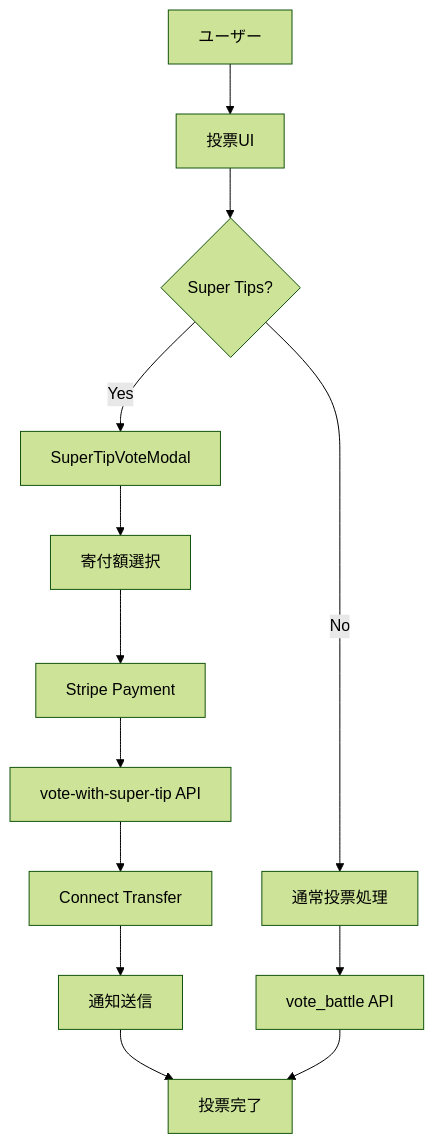
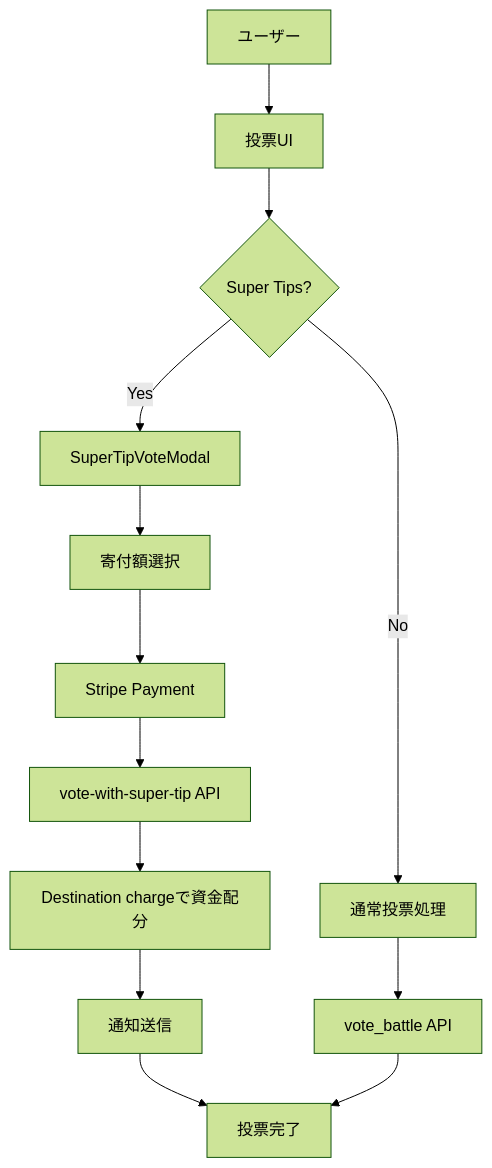
Before and after one commit to RIKUJI-SHON/BeatNexus.Final: the diagram in docs/super-tips-機能仕様書.md, drawn with Mermaid (forest theme). The commit also changed other lines of this file and 17 other files, not shown here.

````diff
--- a/docs/super-tips-機能仕様書.md
+++ b/docs/super-tips-機能仕様書.md
@@ -130,17 +131,17 @@
 ```mermaid
 graph TD
-    A[ユーザー] --> B[投票UI]
-    B --> C{Super Tips?}
-    C -->|Yes| D[SuperTipVoteModal]
-    C -->|No| E[通常投票処理]
-    
-    D --> F[寄付額選択]
-    F --> G[Stripe Payment]
-    G --> H[vote-with-super-tip API]
-    H --> I[Connect Transfer]
-    I --> J[通知送信]
-    J --> K[投票完了]
-    
-    E --> L[vote_battle API]
-    L --> K
+  A[ユーザー] --> B[投票UI]
+  B --> C{Super Tips?}
+  C -->|Yes| D[SuperTipVoteModal]
+  C -->|No| E[通常投票処理]
+
+  D --> F[寄付額選択]
+  F --> G[Stripe Payment]
+  G --> H[vote-with-super-tip API]
+  H --> I[Destination chargeで資金配分]
+  I --> J[通知送信]
+  J --> K[投票完了]
+
+  E --> L[vote_battle API]
+  L --> K
 ```
````
